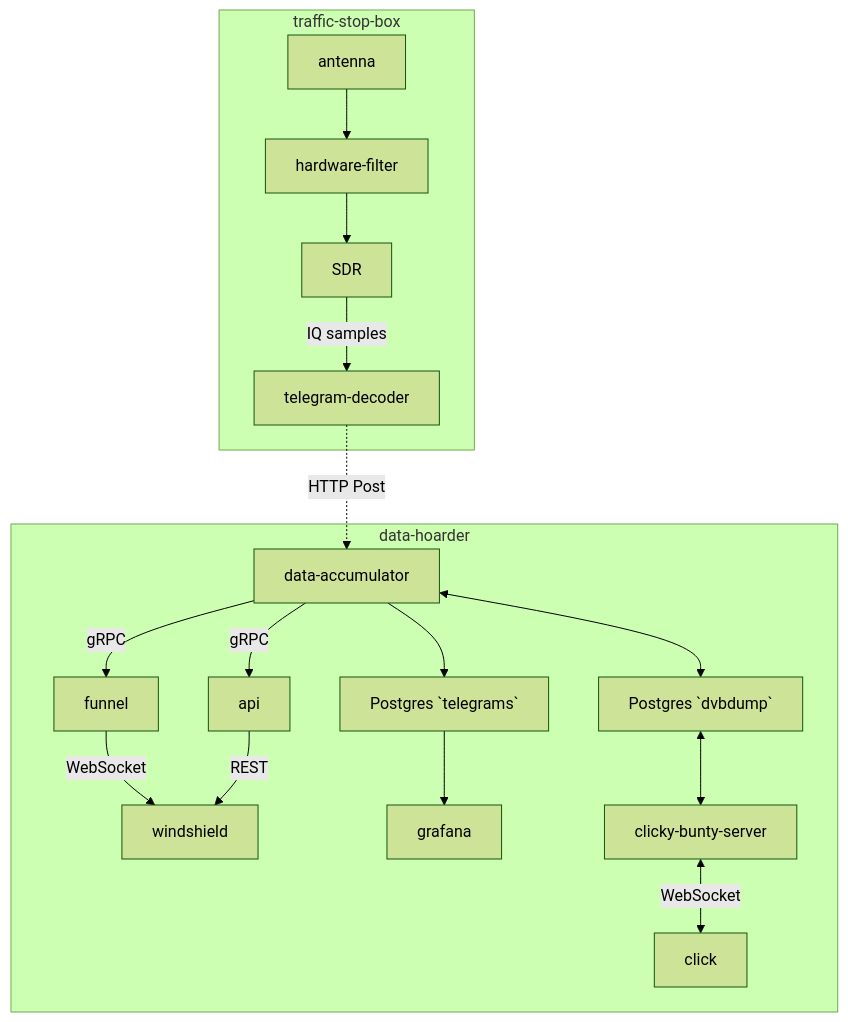
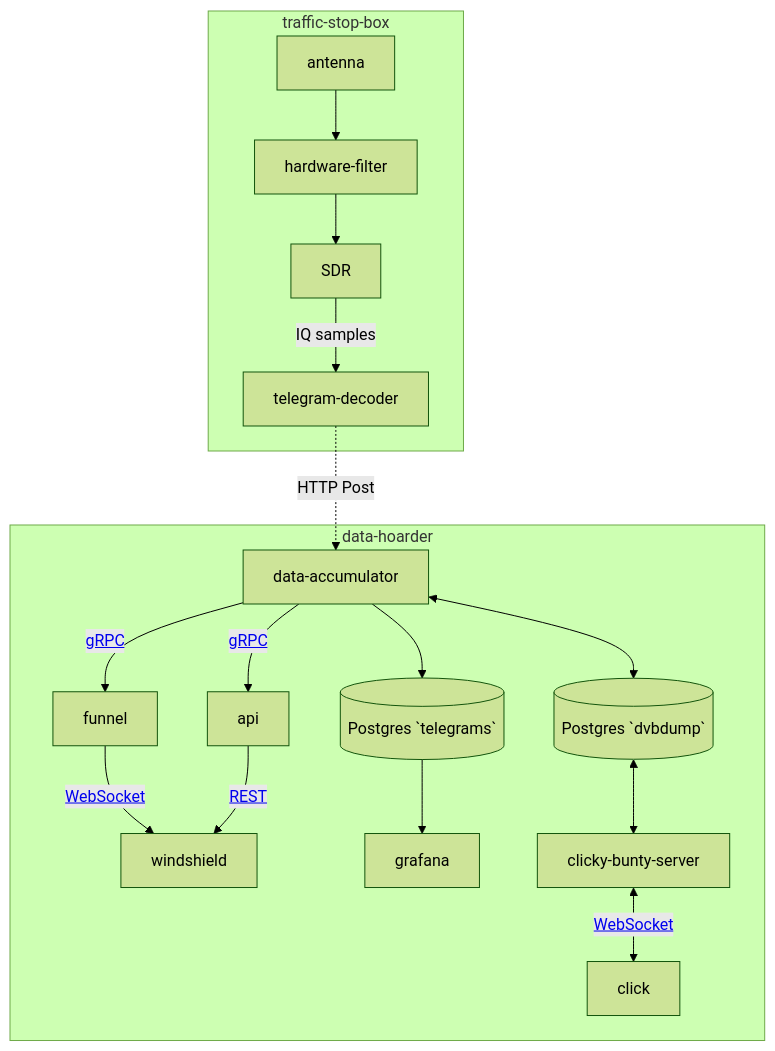
Before and after one commit to tlm-solutions/documentation: the diagram in src/chapter_2_services.md, drawn with Mermaid (forest theme).

````diff
--- a/src/chapter_2_services.md
+++ b/src/chapter_2_services.md
@@ -7,29 +7,29 @@
 ```mermaid
 flowchart TB
     subgraph traffic-stop-box
     antenna --> hardware-filter --> SDR --> |IQ samples| telegram-decoder
     end
 
     telegram-decoder -.->|HTTP Post| data-accumulator
 
     subgraph data-hoarder
-    data-accumulator -->|gRPC| funnel --> |WebSocket|windshield
-    data-accumulator --> |gRPC| dvb-api --> |REST|windshield
+    data-accumulator --> |<a href='https://github.com/dump-dvb/telegrams/blob/master/proto/telegram.proto'>gRPC</a>| funnel --> |<a href='https://github.com/dump-dvb/telegrams/blob/master/src/models/r09.rs'>WebSocket</a>|windshield
+    data-accumulator --> |<a href='https://github.com/dump-dvb/telegrams/blob/master/proto/telegram.proto'>gRPC</a>| dvb-api --> |<a href='chapter_2_1_api.html'>REST</a>|windshield
     data-accumulator --> postgres-telegrams
     postgres-telegrams --> grafana
-    data-accumulator <--> postgres-dvbdump <--> clicky-bunty-server <-->|WebSocket| click[click]
-    postgres-telegrams[Postgres `telegrams`]
-    postgres-dvbdump[Postgres `dvbdump`]
+    data-accumulator <--> postgres-dvbdump <--> clicky-bunty-server <-->|<a href='chapter_2_2_user_api.html'>WebSocket</a>| click[click]
+    postgres-telegrams[(Postgres `telegrams`)]
+    postgres-dvbdump[(Postgres `dvbdump`)]
     dvb-api[api]
     end
 
     click hardware-filter "https://github.com/dump-dvb/bandpass-filter" _blank
     click telegram-decoder "https://github.com/dump-dvb/decode-server" _blank
     click data-accumulator "https://github.com/dump-dvb/data-accumulator" _blank
     click click "https://github.com/dump-dvb/click" _blank
     click clicky-bunty-server "https://github.com/dump-dvb/clicky-bunty-server" _blank
     click funnel "https://github.com/dump-dvb/funnel" _blank
     click windshield "https://github.com/dump-dvb/windshield" _blank
     click dvb-api "https://github.com/dump-dvb/dvb-api" _blank
 
 ```
````
